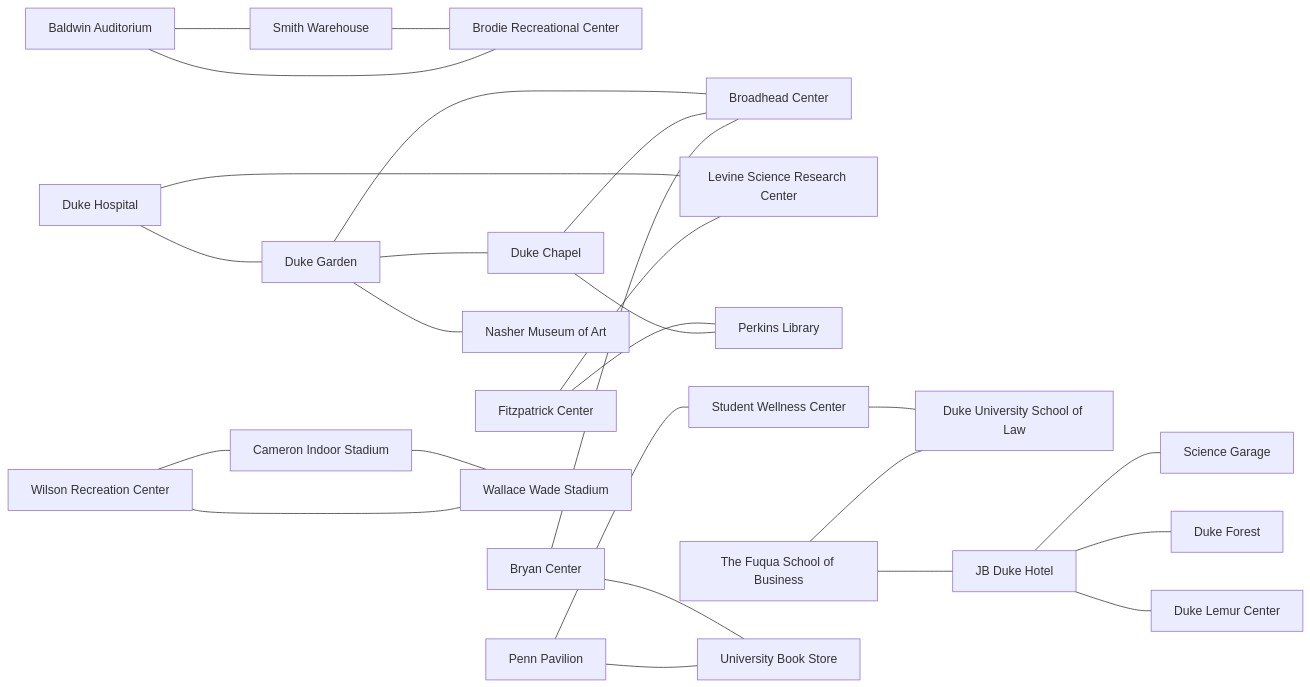
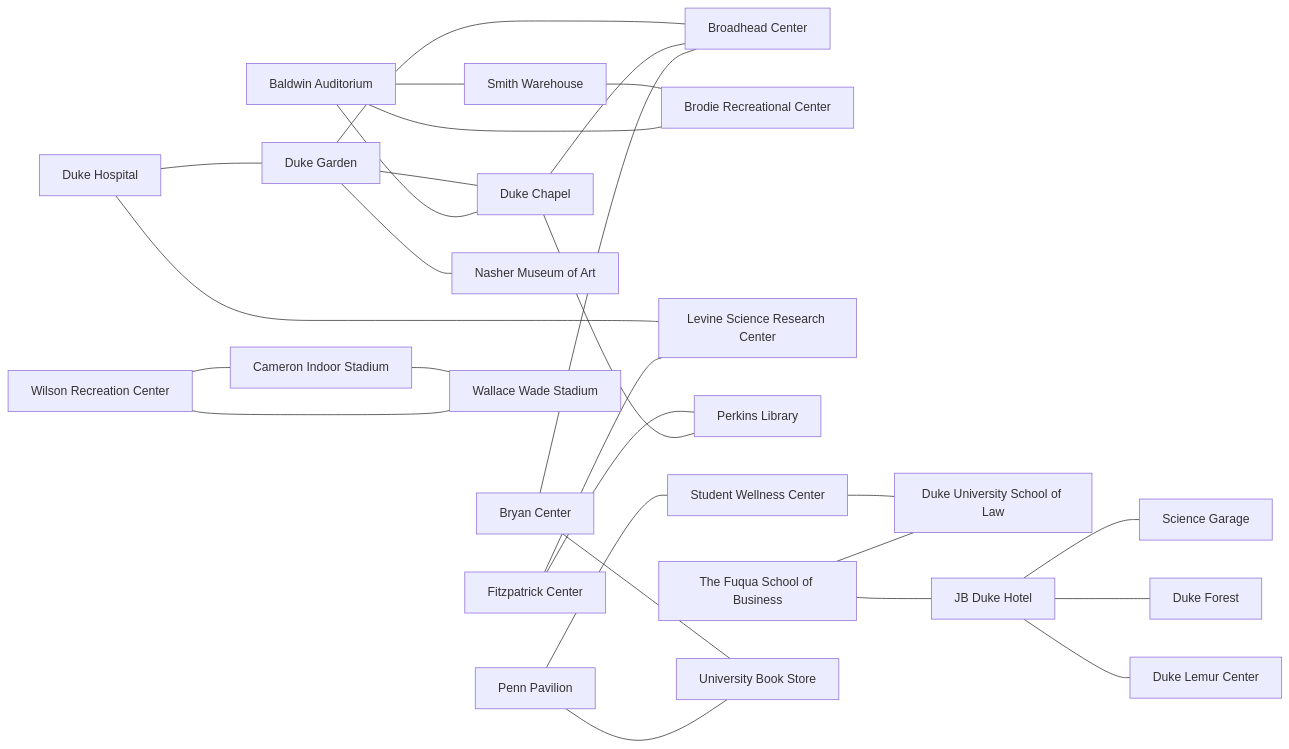
The second of 2 diagrams in README.md (selinaes/HP-Strategy-Conquest-Game), drawn with Mermaid before and after one commit. The commit also changed 3 other files, not shown here.

````diff
--- a/README.md
+++ b/README.md
@@ -208,54 +208,55 @@
 ```mermaid
 flowchart LR
     baldwin[Baldwin Auditorium]
     broadhead[Broadhead Center]
     brodie[Brodie Recreational Center]
     bryan[Bryan Center]
     smith[Smith Warehouse]
     cameron[Cameron Indoor Stadium]
     dukeChapel[Duke Chapel]
     dukeForest[Duke Forest]
     dukeGarden[Duke Garden]
     dukeHospital[Duke Hospital]
     dukeLemur[Duke Lemur Center]
     dukeLaw[Duke University School of Law]
     fitzpatrick[Fitzpatrick Center]
     jbDuke[JB Duke Hotel]
     levine[Levine Science Research Center]
     nasher[Nasher Museum of Art]
     penn[Penn Pavilion]
     perkins[Perkins Library]
     scienceGarage[Science Garage]
     smith[Smith Warehouse]
     studentWellness[Student Wellness Center]
     fuqua[The Fuqua School of Business]
     bookStore[University Book Store]
     wallace[Wallace Wade Stadium]
     wilson[Wilson Recreation Center]
 
     baldwin --- brodie
     baldwin --- smith
+    baldwin --- dukeChapel
     smith --- brodie
     wilson --- cameron
     wilson --- wallace
     cameron --- wallace
     fuqua --- dukeLaw
     fuqua --- jbDuke
     jbDuke --- scienceGarage
     jbDuke --- dukeForest
     jbDuke --- dukeLemur
     studentWellness --- dukeLaw
     penn --- studentWellness
     penn --- bookStore
     bryan --- bookStore
     bryan --- broadhead
     dukeChapel --- broadhead
     dukeChapel --- perkins
     fitzpatrick --- levine
     fitzpatrick --- perkins
     dukeHospital --- levine
     dukeHospital --- dukeGarden
     dukeGarden --- dukeChapel
     dukeGarden --- nasher
     dukeGarden --- broadhead
 ```
````
